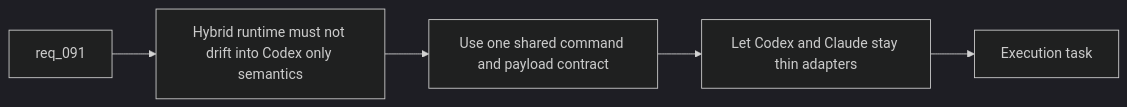
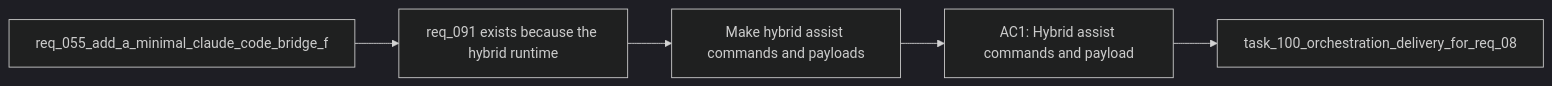
One commit to AlexAgo83/logics-manager changed the diagram in logics/backlog/item_145_make_hybrid_assist_commands_and_payloads_reusable_from_codex_and_claude_adapters.md. Above: the diagram before and after it, drawn with Mermaid (dark theme). The commit also changed 481 other files, not shown here.

````diff
--- a/logics/backlog/item_145_make_hybrid_assist_commands_and_payloads_reusable_from_codex_and_claude_adapters.md
+++ b/logics/backlog/item_145_make_hybrid_assist_commands_and_payloads_reusable_from_codex_and_claude_adapters.md
@@ -28,9 +28,9 @@
 ```mermaid
 %% logics-kind: backlog
 %% logics-signature: backlog|make-hybrid-assist-commands-and-payloads|req-055-add-a-minimal-claude-code-bridge|req-091-exists-because-the-hybrid-runtim|ac1-hybrid-assist-commands-and-payload
 flowchart LR
-    Request[req_091] --> Problem[Hybrid runtime must not drift into Codex only semantics]
-    Problem --> Shared[Use one shared command and payload contract]
-    Shared --> Adapters[Let Codex and Claude stay thin adapters]
-    Adapters --> Done[Execution task]
+    Request[req_055_add_a_minimal_claude_code_bridge_f] --> Problem[req_091 exists because the hybrid runtime]
+    Problem --> Scope[Make hybrid assist commands and payloads]
+    Scope --> Acceptance[AC1: Hybrid assist commands and payload]
+    Acceptance --> Tasks[task_100_orchestration_delivery_for_req_08]
 ```
````
